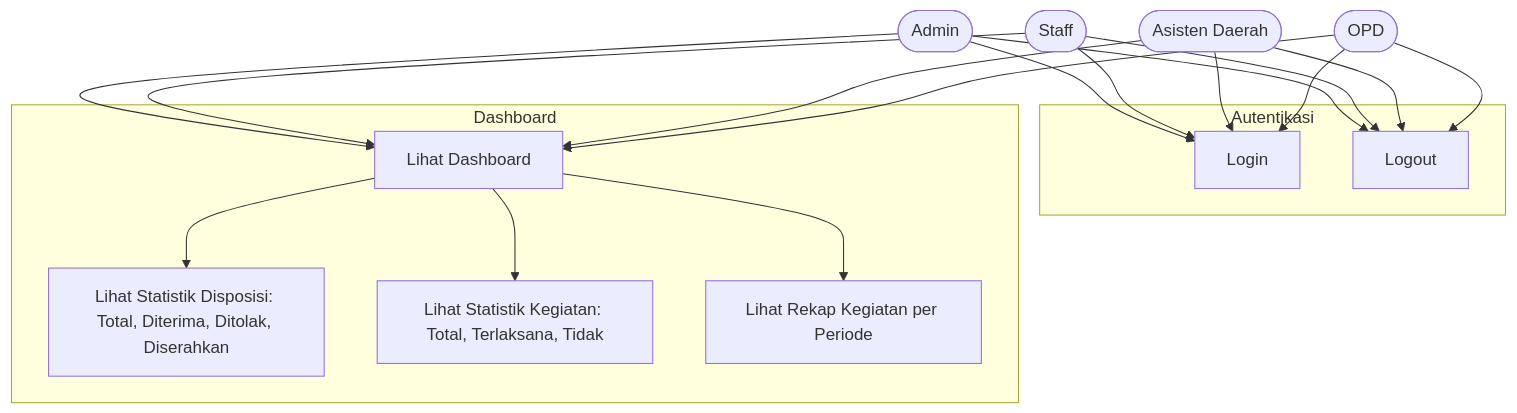
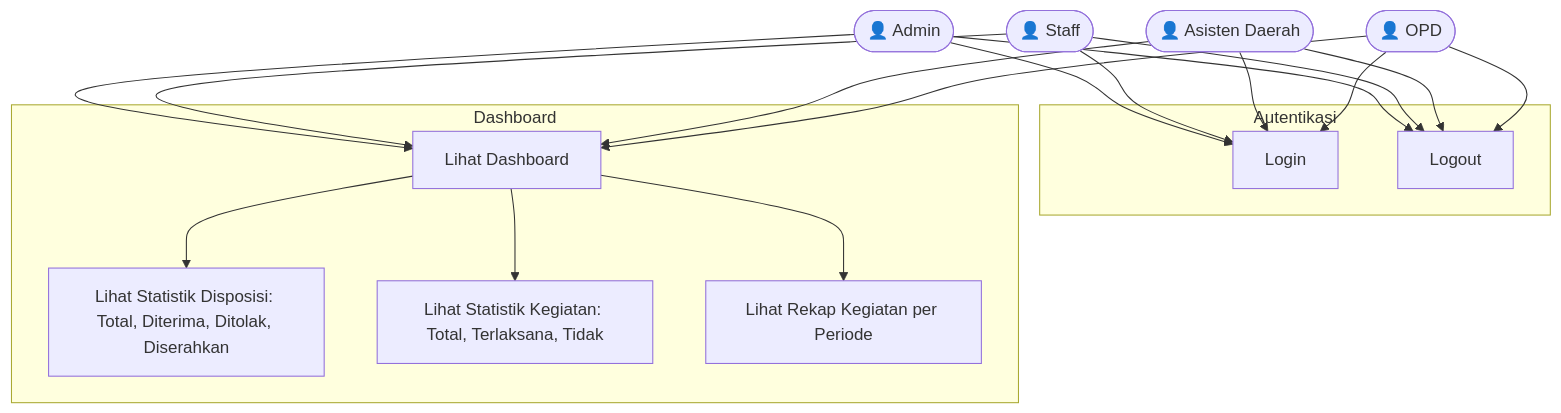
Before and after one commit to cisnatinnov/SI_Pengelolaan_Data_Agenda: the second of 28 diagrams in laravel-vue-mvc/docs/UML_Documentation.md, drawn with Mermaid. The commit also changed other lines of this file and 44 other files, not shown here.

First line of the commit message:
Add and update diagrams for various features; remove outdated diagrams

````diff
--- a/laravel-vue-mvc/docs/UML_Documentation.md
+++ b/laravel-vue-mvc/docs/UML_Documentation.md
@@ -143,41 +154,41 @@
 ```mermaid
 flowchart TD
     %% ==== Aktor ====
-    Admin([Admin])
-    Staff([Staff])
-    Asisten([Asisten Daerah])
-    OPD([OPD])
+    Admin([👤 Admin])
+    Staff([👤 Staff])
+    Asisten([👤 Asisten Daerah])
+    OPD([👤 OPD])
 
     subgraph Autentikasi
         UC_LOGIN[Login]
         UC_LOGOUT[Logout]
     end
 
     subgraph Dashboard
         UC_DASH[Lihat Dashboard]
         UC_DASH_DISP[Lihat Statistik Disposisi: Total, Diterima, Ditolak, Diserahkan]
         UC_DASH_KEG[Lihat Statistik Kegiatan: Total, Terlaksana, Tidak]
         UC_DASH_PERIODE[Lihat Rekap Kegiatan per Periode]
     end
 
     %% ==== Login & Logout semua role ====
     Admin --> UC_LOGIN
     Staff --> UC_LOGIN
     Asisten --> UC_LOGIN
     OPD --> UC_LOGIN
 
     Admin --> UC_LOGOUT
     Staff --> UC_LOGOUT
     Asisten --> UC_LOGOUT
     OPD --> UC_LOGOUT
 
     %% ==== Dashboard semua role ====
     Admin --> UC_DASH
     Staff --> UC_DASH
     Asisten --> UC_DASH
     OPD --> UC_DASH
 
     UC_DASH --> UC_DASH_DISP
     UC_DASH --> UC_DASH_KEG
     UC_DASH --> UC_DASH_PERIODE
 ```
````
